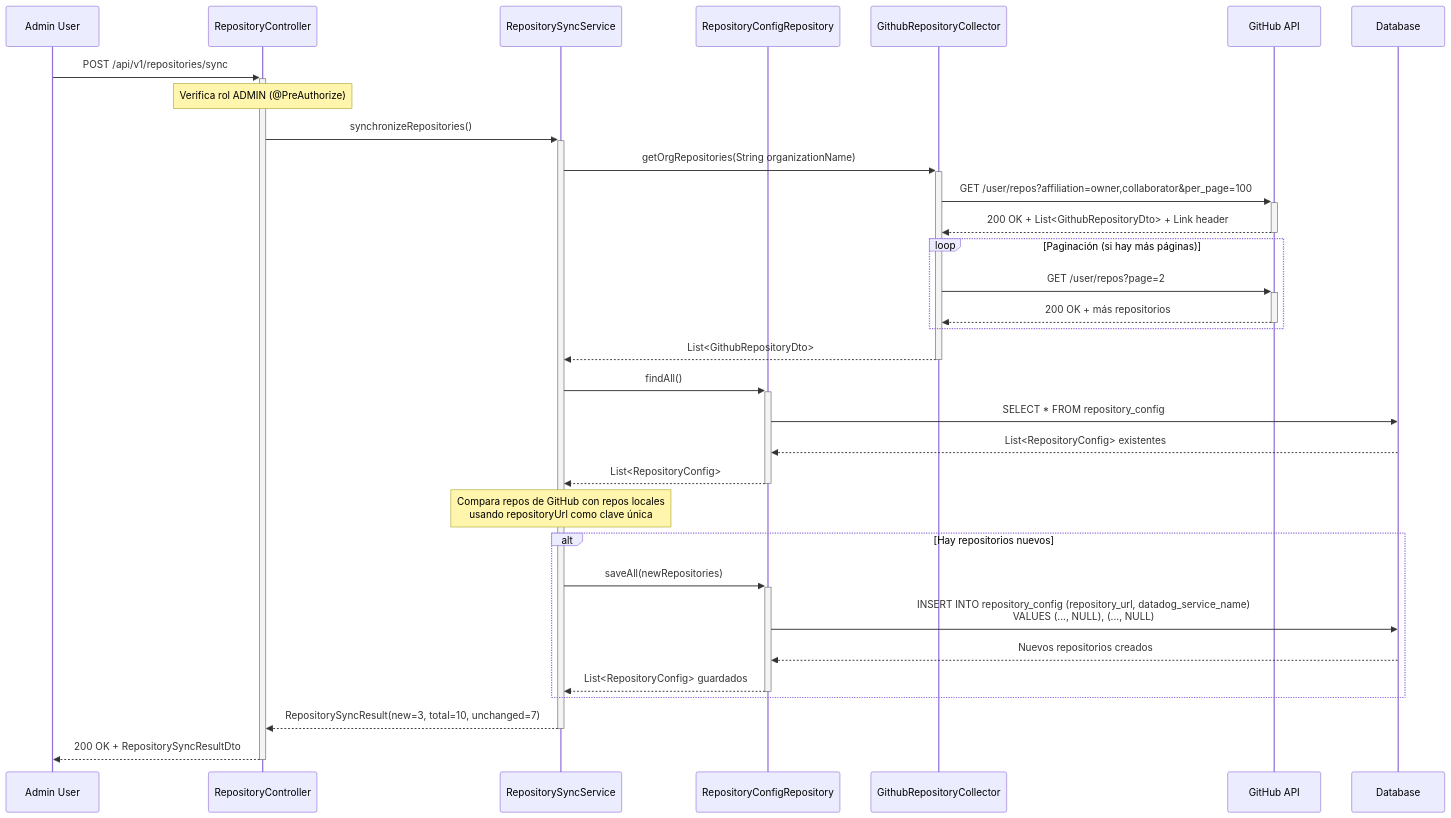
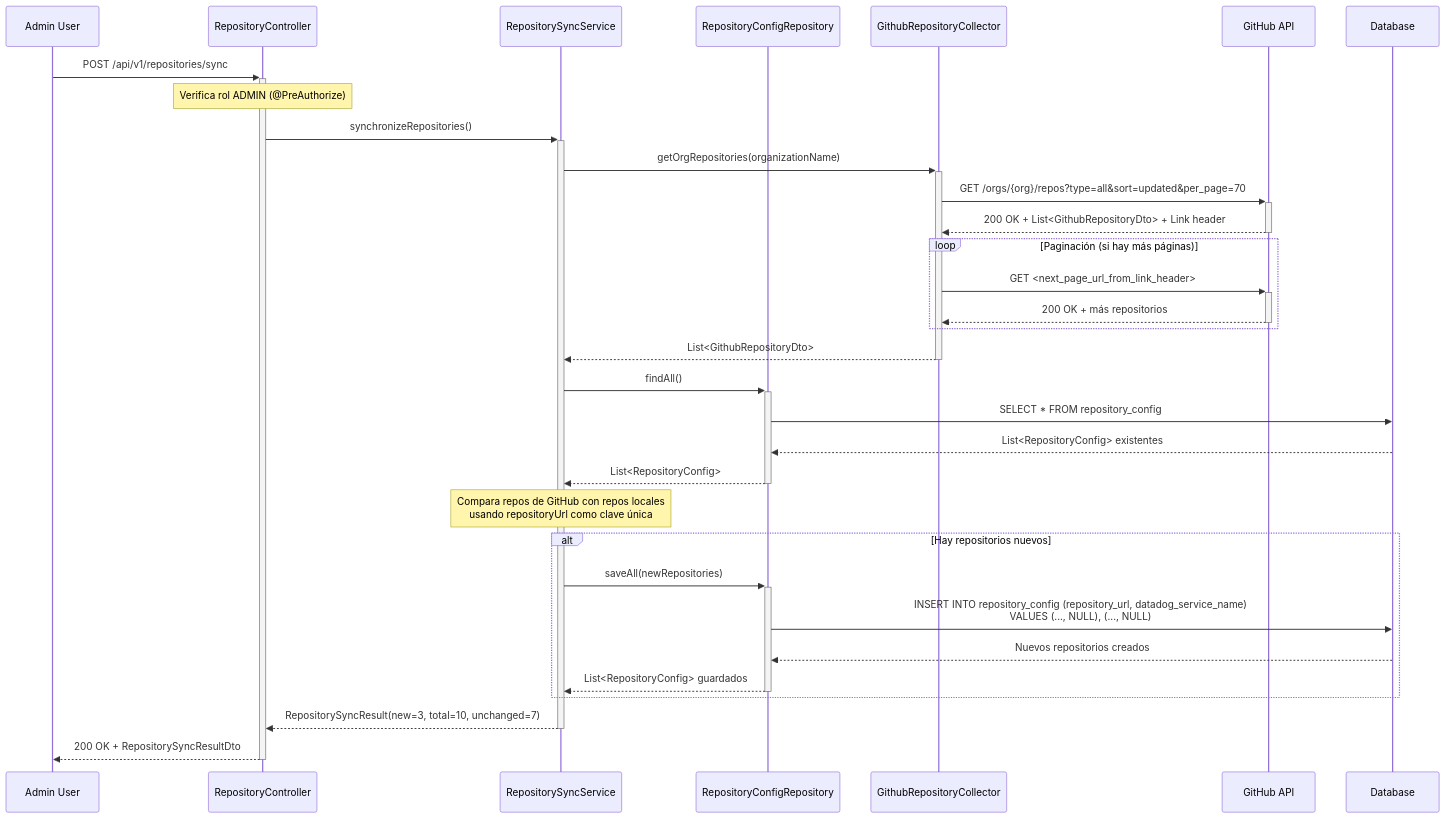
Before and after one commit to tesis-bachiller-edson-chavez/tesis_bachiller_backend_multimodular: diagram 40 of 43 in documentation/design.md, drawn with Mermaid. The commit also changed other lines of this file and 7 other files, not shown here.

````diff
--- a/documentation/design.md
+++ b/documentation/design.md
@@ -2632,43 +2638,43 @@
 ```mermaid
 sequenceDiagram
     participant Admin as Admin User
     participant Controller as RepositoryController
     participant Service as RepositorySyncService
     participant RepoRepo as RepositoryConfigRepository
     participant GithubCollector as GithubRepositoryCollector
     participant GithubAPI as GitHub API
     participant DB as Database
 
     Admin->>+Controller: POST /api/v1/repositories/sync
     Note over Controller: Verifica rol ADMIN (@PreAuthorize)
 
     Controller->>+Service: synchronizeRepositories()
 
-    Service->>+GithubCollector: getOrgRepositories(String organizationName)
-    GithubCollector->>+GithubAPI: GET /user/repos?affiliation=owner,collaborator&per_page=100
+    Service->>+GithubCollector: getOrgRepositories(organizationName)
+    GithubCollector->>+GithubAPI: GET /orgs/{org}/repos?type=all&sort=updated&per_page=70
     GithubAPI-->>-GithubCollector: 200 OK + List<GithubRepositoryDto> + Link header
 
     loop Paginación (si hay más páginas)
-        GithubCollector->>+GithubAPI: GET /user/repos?page=2
+        GithubCollector->>+GithubAPI: GET <next_page_url_from_link_header>
         GithubAPI-->>-GithubCollector: 200 OK + más repositorios
     end
 
     GithubCollector-->>-Service: List<GithubRepositoryDto>
 
     Service->>+RepoRepo: findAll()
     RepoRepo->>DB: SELECT * FROM repository_config
     DB-->>RepoRepo: List<RepositoryConfig> existentes
     RepoRepo-->>-Service: List<RepositoryConfig>
 
     Note over Service: Compara repos de GitHub con repos locales<br/>usando repositoryUrl como clave única
 
     alt Hay repositorios nuevos
         Service->>+RepoRepo: saveAll(newRepositories)
         RepoRepo->>DB: INSERT INTO repository_config (repository_url, datadog_service_name)<br/>VALUES (..., NULL), (..., NULL)
         DB-->>RepoRepo: Nuevos repositorios creados
         RepoRepo-->>-Service: List<RepositoryConfig> guardados
     end
 
     Service-->>-Controller: RepositorySyncResult(new=3, total=10, unchanged=7)
     Controller-->>-Admin: 200 OK + RepositorySyncResultDto
 ```
````
